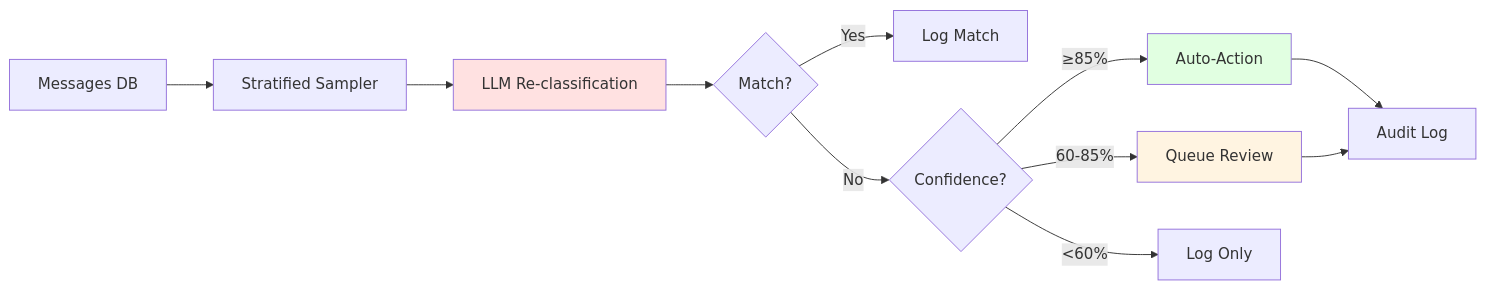
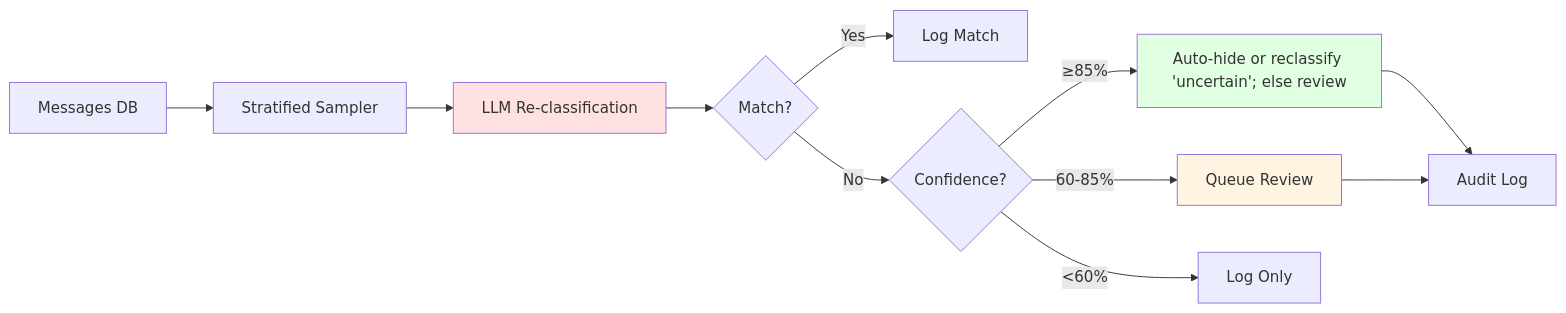
One commit to osintukraine/osint-platform-docs changed the first of 6 diagrams in docs/developer-guide/services/fact-check.md. Above: the diagram before and after it, drawn with Mermaid. The commit also changed other lines of this file and 74 other files, not shown here.

````diff
--- a/docs/developer-guide/services/fact-check.md
+++ b/docs/developer-guide/services/fact-check.md
@@ -9,17 +9,17 @@
 ```mermaid
 graph LR
     A[Messages DB] --> B[Stratified Sampler]
     B --> C[LLM Re-classification]
     C --> D{Match?}
     D -->|Yes| E[Log Match]
     D -->|No| F{Confidence?}
-    F -->|≥85%| G[Auto-Action]
+    F -->|≥85%| G[Auto-hide or reclassify 'uncertain'; else review]
     F -->|60-85%| H[Queue Review]
     F -->|<60%| I[Log Only]
     G --> J[Audit Log]
     H --> J
 
     style C fill:#ffe1e1
     style G fill:#e1ffe1
     style H fill:#fff4e1
 ```
````
